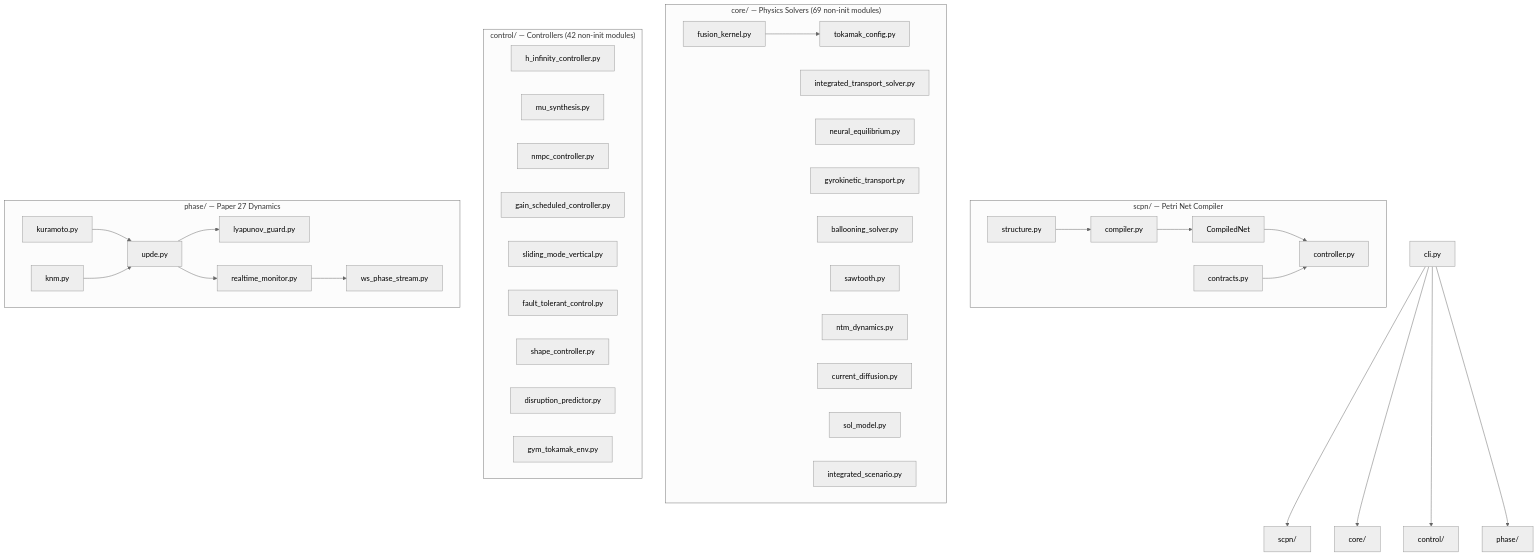
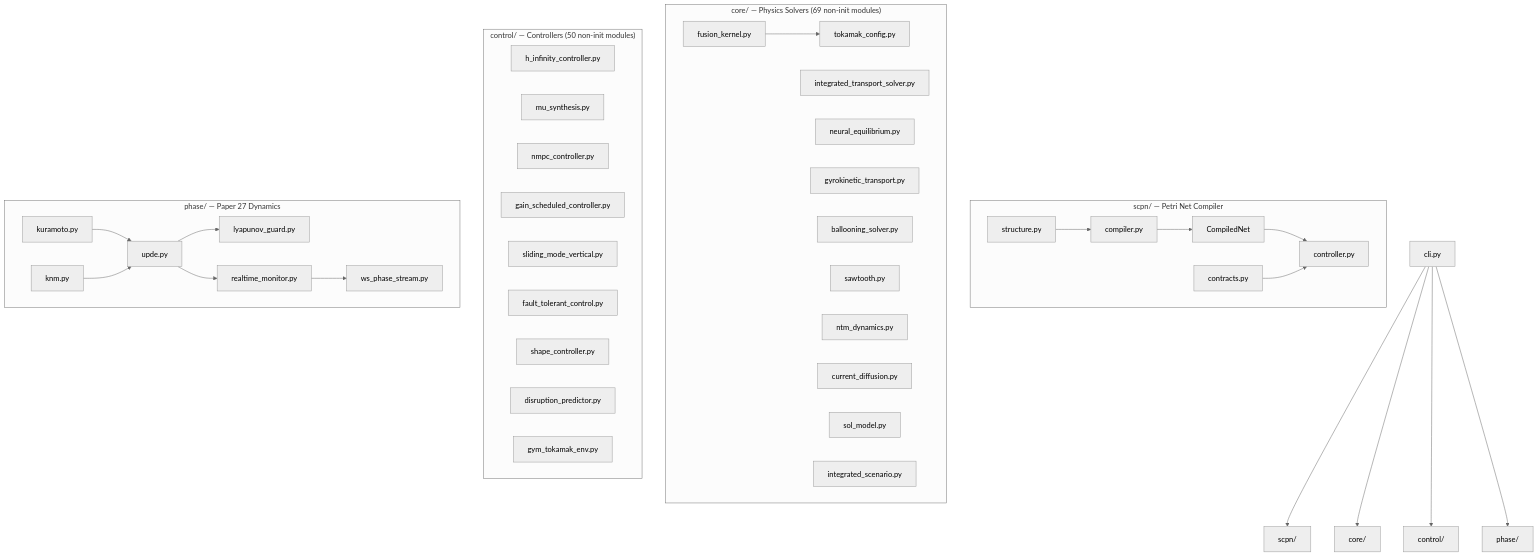
One commit to anulum/scpn-control changed the first of 4 diagrams in docs/architecture.md. Above: the diagram before and after it, drawn with Mermaid (neutral theme). The commit also changed other lines of this file and 7 other files, not shown here.

````diff
--- a/docs/architecture.md
+++ b/docs/architecture.md
@@ -13,47 +13,47 @@
 ```mermaid
 graph TD
     CLI[cli.py] --> SCPN[scpn/]
     CLI --> CORE[core/]
     CLI --> CTRL[control/]
     CLI --> PHASE[phase/]
 
     subgraph "scpn/ — Petri Net Compiler"
         SPN[structure.py] --> COMP[compiler.py]
         COMP --> CNET[CompiledNet]
         CNET --> NSC[controller.py]
         CON[contracts.py] --> NSC
     end
 
     subgraph "core/ — Physics Solvers (69 non-init modules)"
         FK[fusion_kernel.py] --> TC[tokamak_config.py]
         ITS[integrated_transport_solver.py]
         NEQ[neural_equilibrium.py]
         GT2[gyrokinetic_transport.py]
         BS2[ballooning_solver.py]
         ST2[sawtooth.py]
         NTM2[ntm_dynamics.py]
         CD2[current_diffusion.py]
         SOL2[sol_model.py]
         ISS2[integrated_scenario.py]
     end
 
-    subgraph "control/ — Controllers (42 non-init modules)"
+    subgraph "control/ — Controllers (50 non-init modules)"
         HINF2[h_infinity_controller.py]
         MU2[mu_synthesis.py]
         NMPC2[nmpc_controller.py]
         GS_C[gain_scheduled_controller.py]
         SM2[sliding_mode_vertical.py]
         FT2[fault_tolerant_control.py]
         SC2[shape_controller.py]
         DP[disruption_predictor.py]
         GYM[gym_tokamak_env.py]
     end
 
     subgraph "phase/ — Paper 27 Dynamics"
         KUR[kuramoto.py] --> UPDE[upde.py]
         KNM[knm.py] --> UPDE
         UPDE --> LG[lyapunov_guard.py]
         UPDE --> RM[realtime_monitor.py]
         RM --> WS[ws_phase_stream.py]
     end
 ```
````
